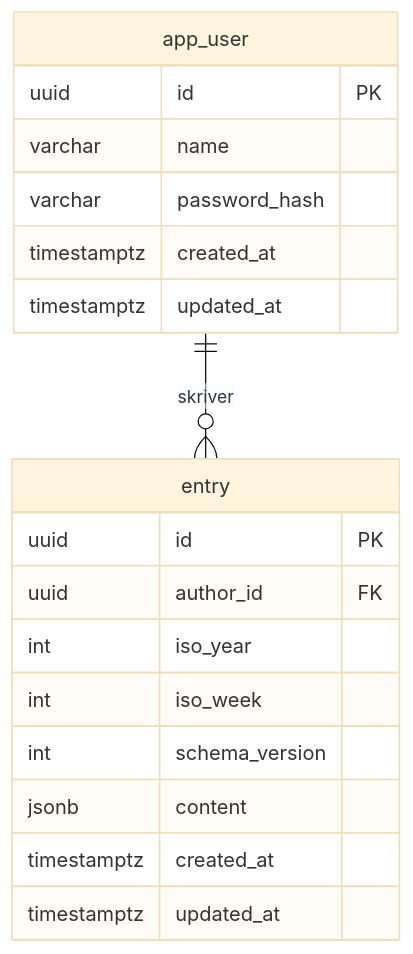
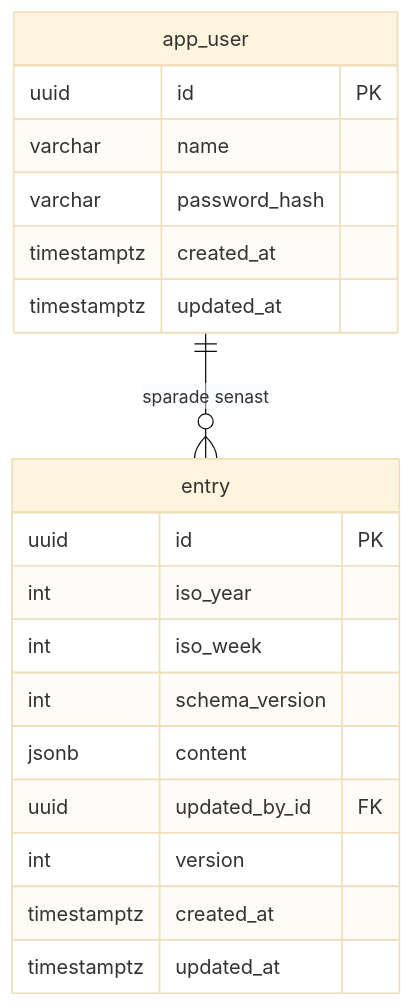
One commit to Drachbar/SYNK changed the diagram in docs/databas.md. Above: the diagram before and after it, drawn with Mermaid (base theme). The commit also changed other lines of this file and 33 other files, not shown here.

````diff
--- a/docs/databas.md
+++ b/docs/databas.md
@@ -9,23 +9,24 @@
 ```mermaid
 erDiagram
-    app_user ||--o{ entry : "skriver"
+    app_user ||--o{ entry : "sparade senast"
 
     app_user {
         uuid id PK
         varchar name
         varchar password_hash
         timestamptz created_at
         timestamptz updated_at
     }
 
     entry {
         uuid id PK
-        uuid author_id FK
         int iso_year
         int iso_week
         int schema_version
         jsonb content
+        uuid updated_by_id FK
+        int version
         timestamptz created_at
         timestamptz updated_at
     }
 ```
````
